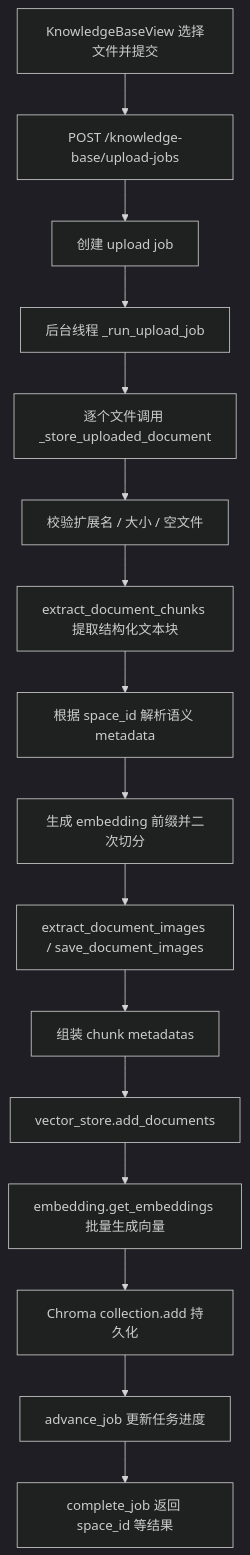
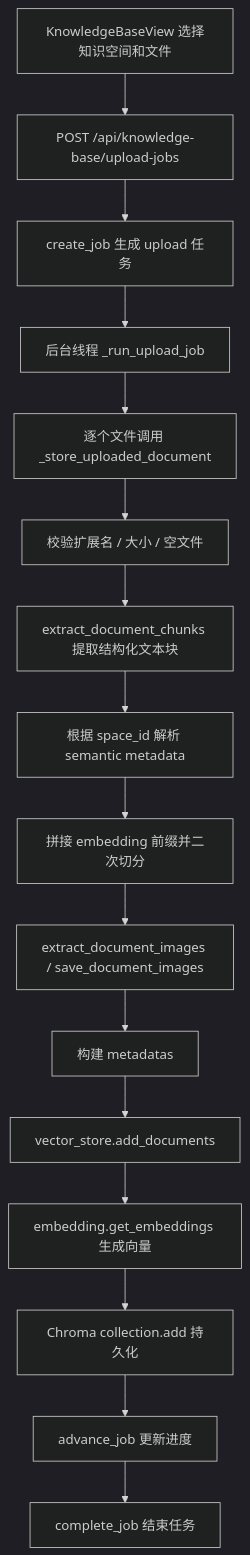
One commit to emotion-exit/rag-agent changed the third of 7 diagrams in docs/项目执行流程分析.md. Above: the diagram before and after it, drawn with Mermaid (dark theme). The commit also changed other lines of this file and 3 other files, not shown here.

````diff
--- a/docs/项目执行流程分析.md
+++ b/docs/项目执行流程分析.md
@@ -287,18 +261,18 @@
 ```mermaid
 flowchart TD
-  A["KnowledgeBaseView 选择文件并提交"] --> B["POST /knowledge-base/upload-jobs"]
-  B --> C["创建 upload job"]
+  A["KnowledgeBaseView 选择知识空间和文件"] --> B["POST /api/knowledge-base/upload-jobs"]
+  B --> C["create_job 生成 upload 任务"]
   C --> D["后台线程 _run_upload_job"]
   D --> E["逐个文件调用 _store_uploaded_document"]
   E --> F["校验扩展名 / 大小 / 空文件"]
   F --> G["extract_document_chunks 提取结构化文本块"]
-  G --> H["根据 space_id 解析语义 metadata"]
-  H --> I["生成 embedding 前缀并二次切分"]
+  G --> H["根据 space_id 解析 semantic metadata"]
+  H --> I["拼接 embedding 前缀并二次切分"]
   I --> J["extract_document_images / save_document_images"]
-  J --> K["组装 chunk metadatas"]
+  J --> K["构建 metadatas"]
   K --> L["vector_store.add_documents"]
-  L --> M["embedding.get_embeddings 批量生成向量"]
+  L --> M["embedding.get_embeddings 生成向量"]
   M --> N["Chroma collection.add 持久化"]
-  N --> O["advance_job 更新任务进度"]
-  O --> P["complete_job 返回 space_id 等结果"]
+  N --> O["advance_job 更新进度"]
+  O --> P["complete_job 结束任务"]
 ```
````
